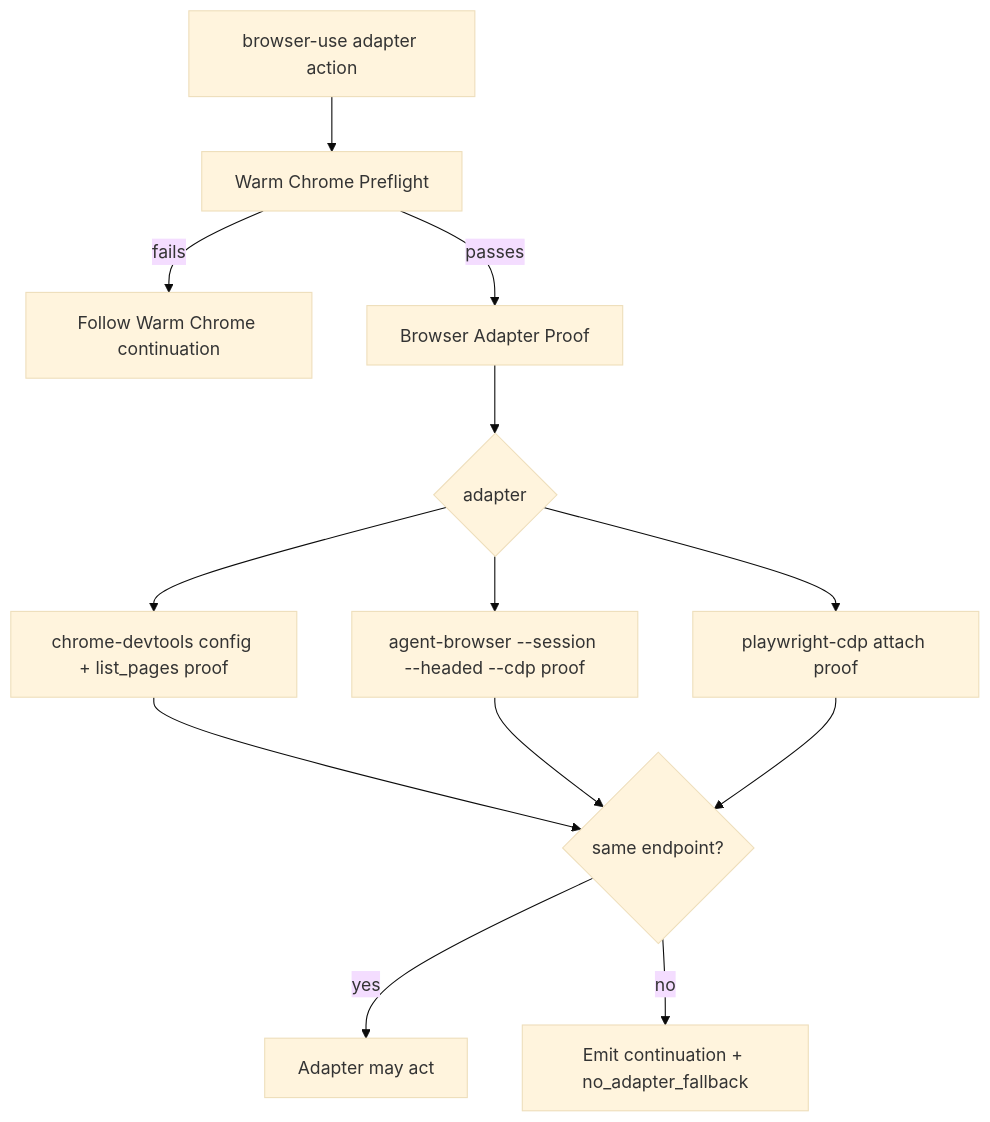
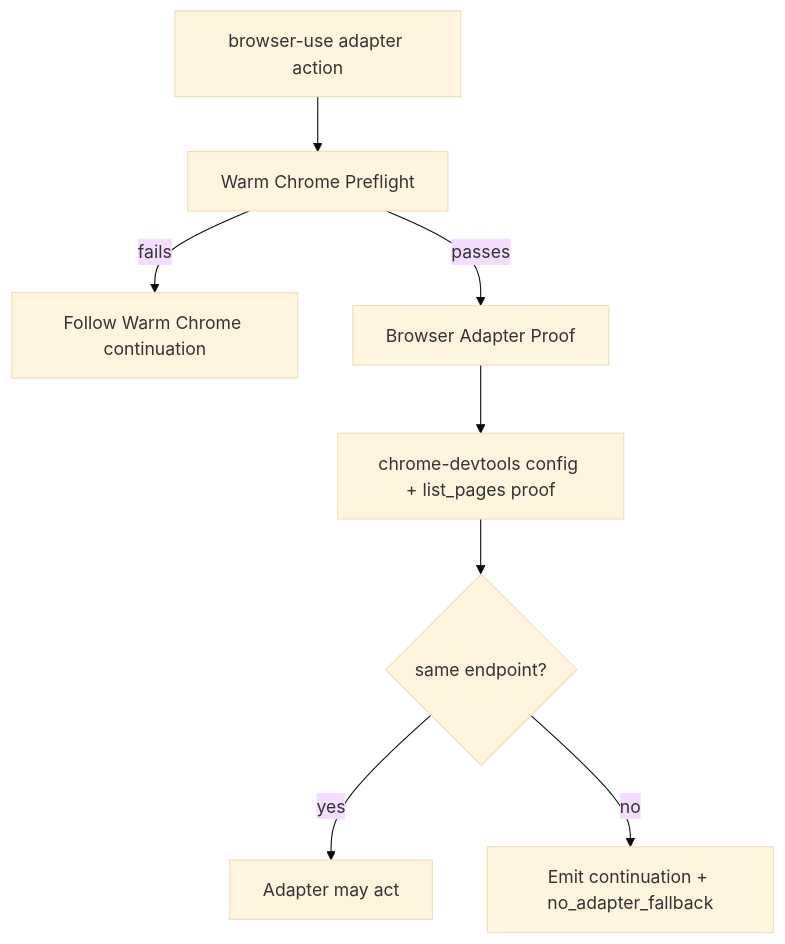
The diagram in docs/plans/2026-06-02-001-fix-browser-use-adapter-proof-observability-plan.md (nathanvale/claude-code-config), drawn with Mermaid (base theme) before and after one commit. The commit also changed other lines of this file and 8 other files, not shown here.

Commit message:
fix(browser-use): harden browser adapter proof contract

````diff
--- a/docs/plans/2026-06-02-001-fix-browser-use-adapter-proof-observability-plan.md
+++ b/docs/plans/2026-06-02-001-fix-browser-use-adapter-proof-observability-plan.md
@@ -176,15 +176,10 @@
 ```mermaid
 flowchart TB
   START["browser-use adapter action"] --> WARM["Warm Chrome Preflight"]
   WARM -->|fails| WARM_CONT["Follow Warm Chrome continuation"]
   WARM -->|passes| PROOF["Browser Adapter Proof"]
-  PROOF --> SELECT{"adapter"}
-  SELECT --> CHROME["chrome-devtools config + list_pages proof"]
-  SELECT --> AB["agent-browser --session --headed --cdp proof"]
-  SELECT --> PW["playwright-cdp attach proof"]
+  PROOF --> CHROME["chrome-devtools config + list_pages proof"]
   CHROME --> OK{"same endpoint?"}
-  AB --> OK
-  PW --> OK
   OK -->|yes| ACT["Adapter may act"]
   OK -->|no| STOP["Emit continuation + no_adapter_fallback"]
 ```
````
